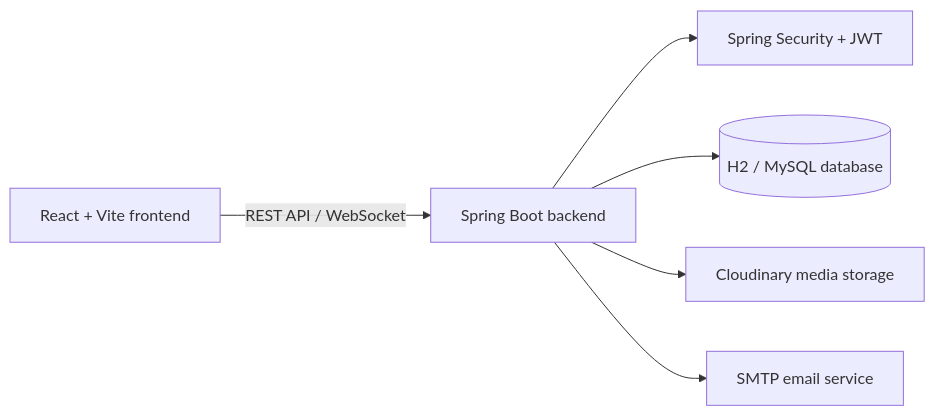
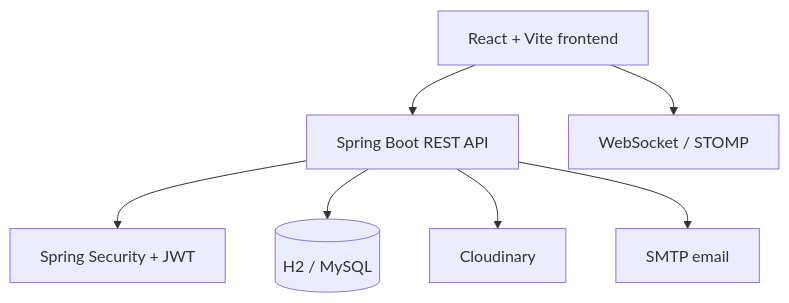
Before and after one commit to chandrika131105/Syncro_Learn: the diagram in README.md, drawn with Mermaid. The commit also changed other lines of this file, not shown here.

````diff
--- a/README.md
+++ b/README.md
@@ -180,8 +198,10 @@
 ```mermaid
-flowchart LR
-    Browser[React + Vite frontend] -->|REST API / WebSocket| API[Spring Boot backend]
+flowchart TD
+    Browser[React + Vite frontend]
+    Browser --> API[Spring Boot REST API]
+    Browser --> Socket[WebSocket / STOMP]
     API --> Security[Spring Security + JWT]
-    API --> Data[(H2 / MySQL database)]
-    API --> Media[Cloudinary media storage]
-    API --> Mail[SMTP email service]
+    API --> Data[(H2 / MySQL)]
+    API --> Media[Cloudinary]
+    API --> Mail[SMTP email]
 ```
````
